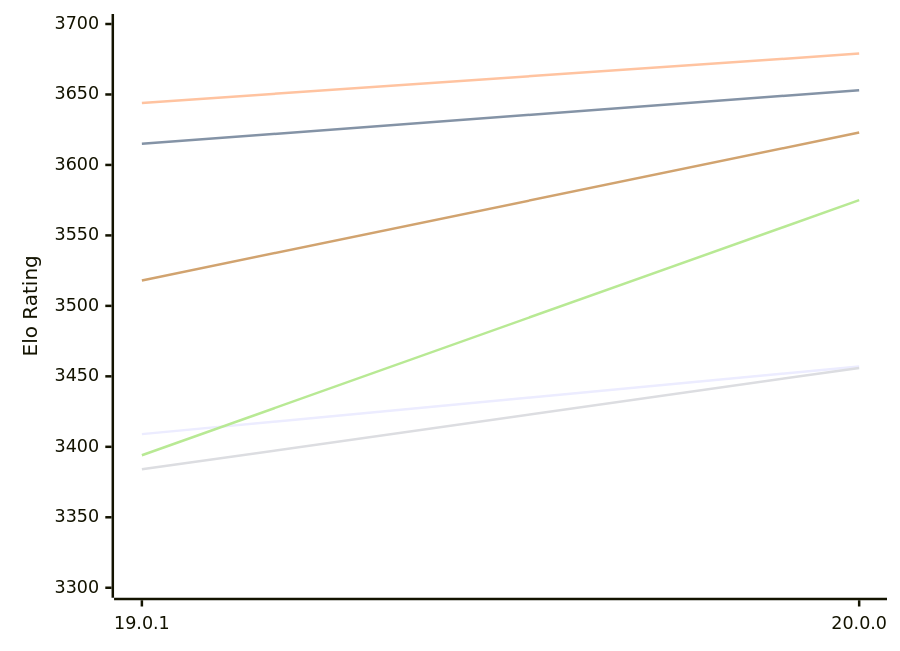
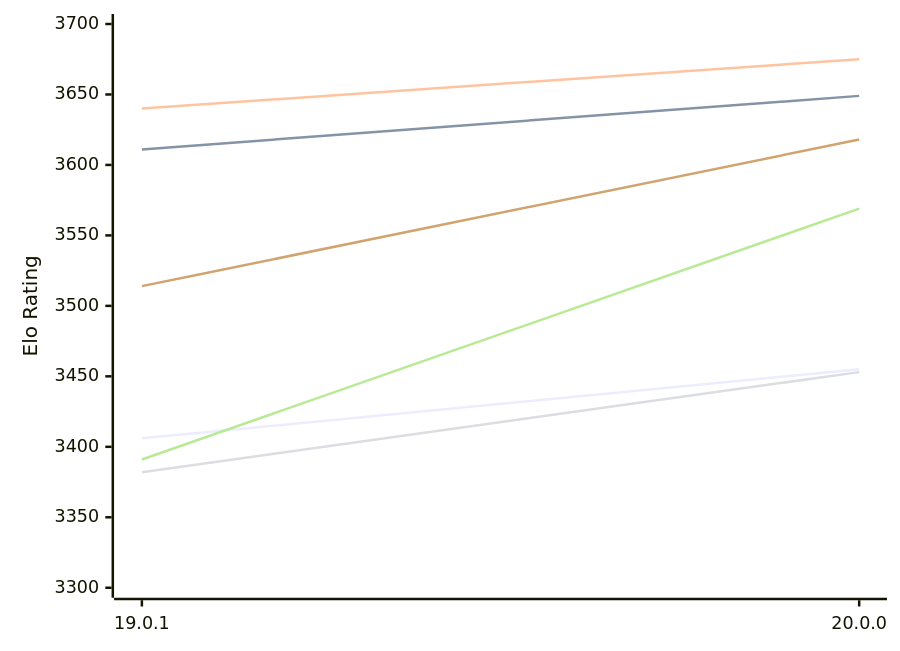
Before and after one commit to computer-chess-index/cci: the first of 2 diagrams in engines/Viridithas.md, drawn with Mermaid. The commit also changed other lines of this file, not shown here.

Commit message:
Update CCI Ratings (ELO VLTC) - 2026-11-19

````diff
--- a/engines/Viridithas.md
+++ b/engines/Viridithas.md
@@ -58,12 +58,12 @@
 ```mermaid
 %%{init: {"theme":"base","themeVariables":{"seriesColors:['#a3a3a3','#222221','#faa371']}}}%%
 xychart-beta
   x-axis ["19.0.1", "20.0.0"]
   y-axis "Elo Rating" 3300 --> 3700
-  line "E1: STC (8.0+0.08s)" [3409, 3457]
-  line "E1: LTC (60.0+0.60s)" [3615, 3653]
-  line "E1: VLTC (2m24s+1.12s)" [3644, 3679]
-  line "P1: STC (8.0+0.08s)" [3384, 3456]
-  line "P1: LTC (60.0+0.60s)" [3394, 3575]
-  line "P1: VLTC (2m24s+1.12s)" [3518, 3623]
+  line "E1: STC (8.0+0.08s)" [3406, 3455]
+  line "E1: LTC (60.0+0.60s)" [3611, 3649]
+  line "E1: VLTC (2m24s+1.12s)" [3640, 3675]
+  line "P1: STC (8.0+0.08s)" [3382, 3453]
+  line "P1: LTC (60.0+0.60s)" [3391, 3569]
+  line "P1: VLTC (2m24s+1.12s)" [3514, 3618]
 ```
````
